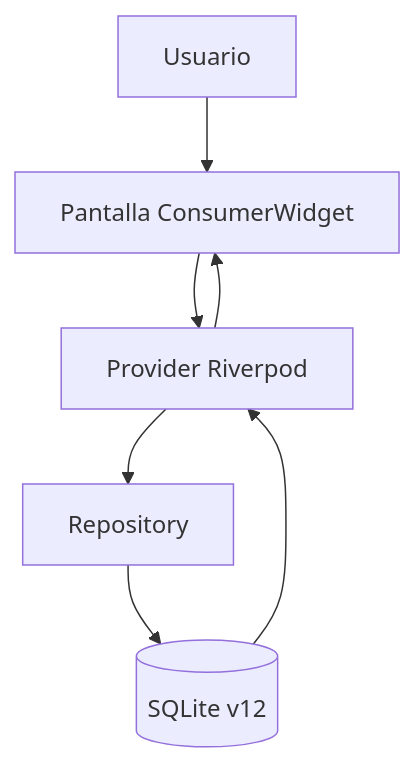
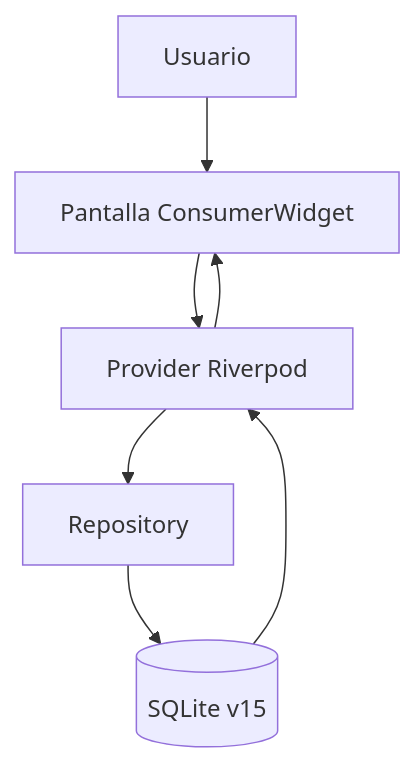
Before and after one commit to afperdomo2/motorcheck: the first of 2 diagrams in docs/plans/rediseno-mobile-2.0.md, drawn with Mermaid. The commit also changed 90 other files, not shown here.

````diff
--- a/docs/plans/rediseno-mobile-2.0.md
+++ b/docs/plans/rediseno-mobile-2.0.md
@@ -51,9 +51,9 @@
 ```mermaid
 flowchart TD
   U[Usuario] --> P[Pantalla ConsumerWidget]
   P --> R[Provider Riverpod]
   R --> Rep[Repository]
-  Rep --> DB[(SQLite v12)]
+  Rep --> DB[(SQLite v15)]
   DB --> R
   R --> P
 ```
````
